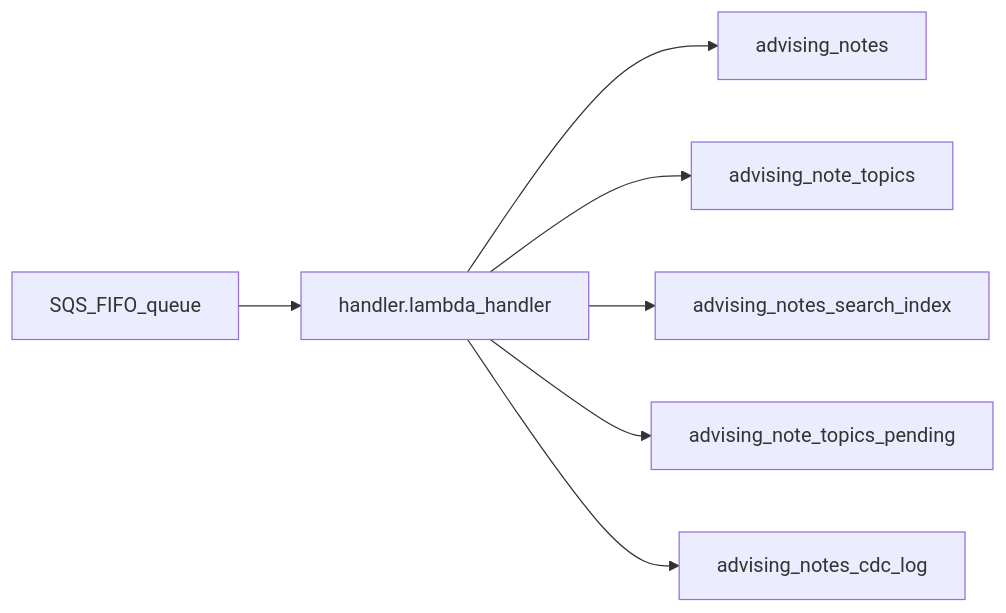
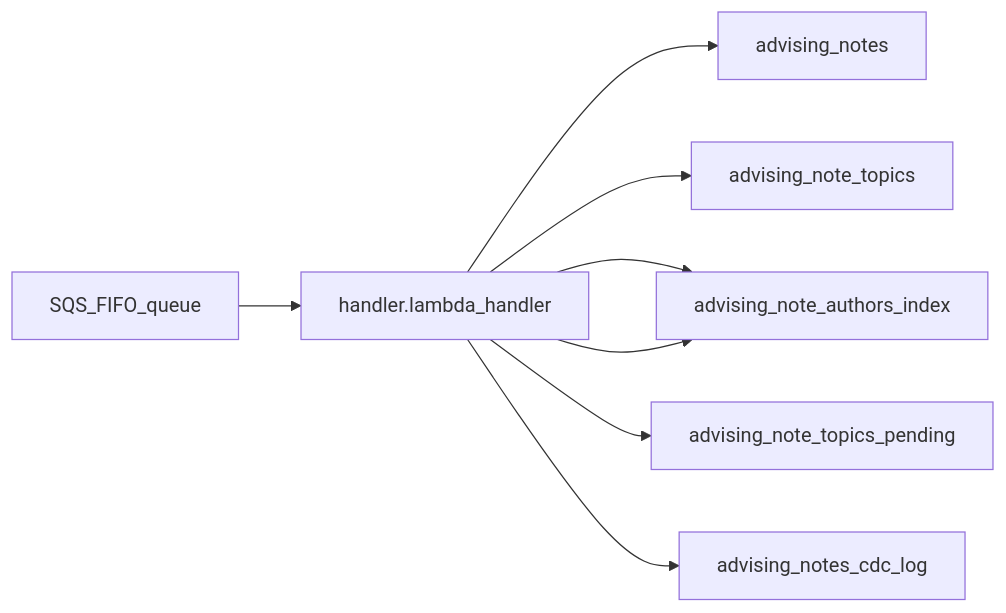
One commit to ets-berkeley-edu/searchlight-cdc changed the diagram in docs/architecture.md. Above: the diagram before and after it, drawn with Mermaid. The commit also changed other lines of this file and 5 other files, not shown here.

````diff
--- a/docs/architecture.md
+++ b/docs/architecture.md
@@ -16,9 +16,10 @@
 ```mermaid
 flowchart LR
   SQS[SQS_FIFO_queue] --> Lambda[handler.lambda_handler]
   Lambda --> Notes[advising_notes]
   Lambda --> Topics[advising_note_topics]
   Lambda --> FTS[advising_notes_search_index]
+  Lambda --> FTS[advising_note_authors_index]
   Lambda --> Pending[advising_note_topics_pending]
   Lambda --> Log[advising_notes_cdc_log]
 ```
````
